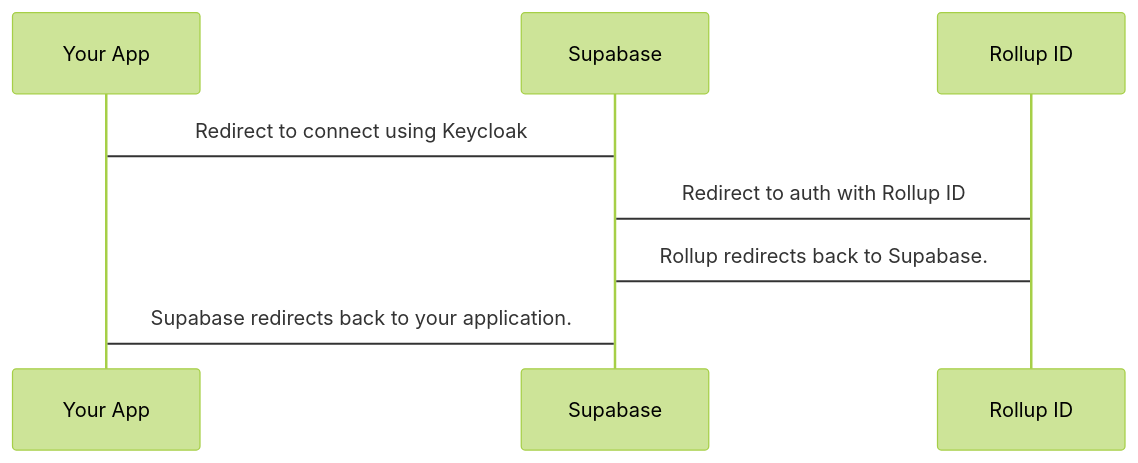
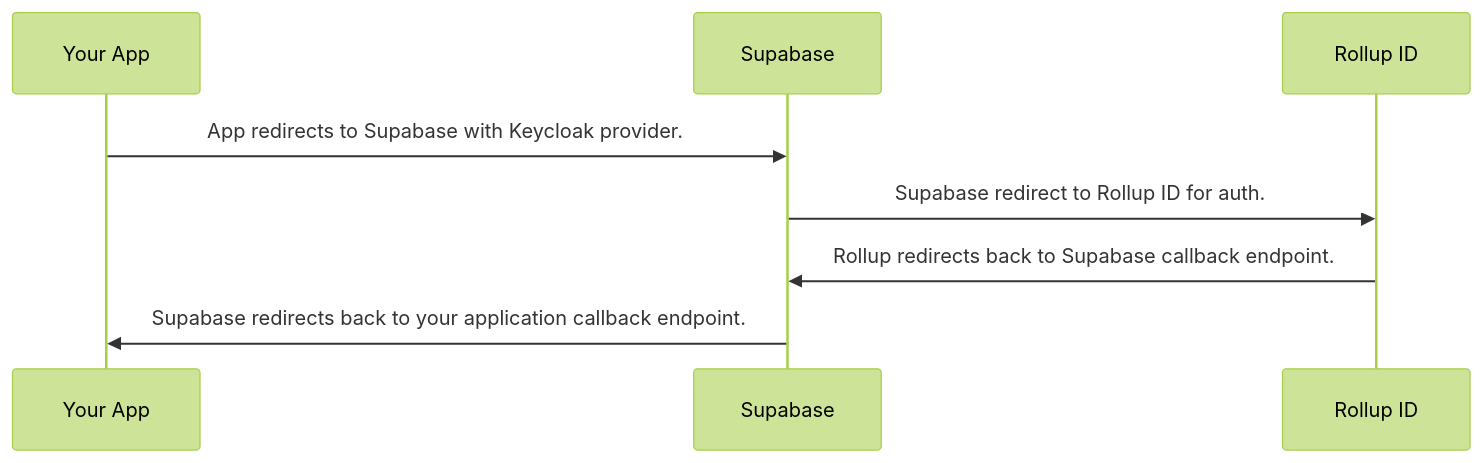
One commit to proofzero/rollupid changed the diagram in docs/guides/setup-with-supabase.md. Above: the diagram before and after it, drawn with Mermaid (forest theme).

Commit message:
docs(passport): Clarify Supabase Keycloak Auth Mermaid sequence diagram.

````diff
--- a/docs/guides/setup-with-supabase.md
+++ b/docs/guides/setup-with-supabase.md
@@ -9,7 +9,7 @@
 ```mermaid
 sequenceDiagram
-  Your App->Supabase: Redirect to connect using Keycloak
-  Supabase->Rollup ID: Redirect to auth with Rollup ID
-  Rollup ID->Supabase: Rollup redirects back to Supabase.
-  Supabase->Your App: Supabase redirects back to your application.
+  Your App->>Supabase: App redirects to Supabase with Keycloak provider.
+  Supabase->>Rollup ID: Supabase redirect to Rollup ID for auth.
+  Rollup ID->>Supabase: Rollup redirects back to Supabase callback endpoint.
+  Supabase->>Your App: Supabase redirects back to your application callback endpoint.
 ```
````
